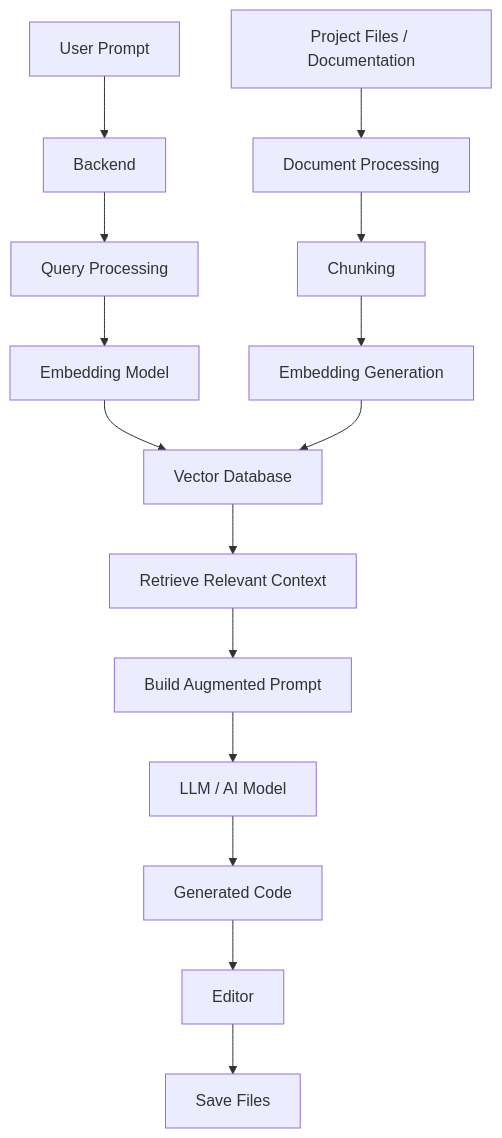
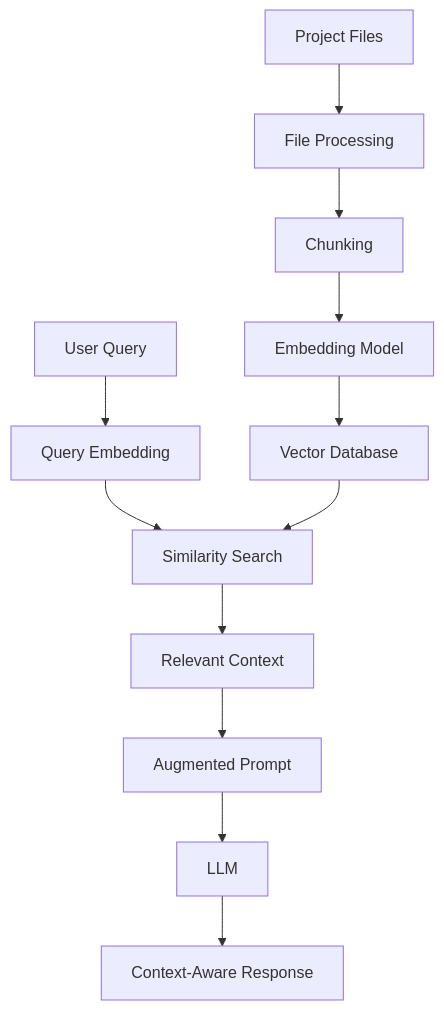
The third of 4 diagrams in README.md (keshviSolanki/KS-AIcodeEditor), drawn with Mermaid before and after one commit. The commit also changed other lines of this file, not shown here.

````diff
--- a/README.md
+++ b/README.md
@@ -81,18 +138,15 @@
 ```mermaid
 flowchart TD
-    A["User Prompt"] --> B["Backend"]
-    B --> C["Query Processing"]
+    A["Project Files"] --> B["File Processing"]
+    B --> C["Chunking"]
     C --> D["Embedding Model"]
     D --> E["Vector Database"]
-    E --> F["Retrieve Relevant Context"]
-    F --> G["Build Augmented Prompt"]
-    G --> H["LLM / AI Model"]
-    H --> I["Generated Code"]
-    I --> J["Editor"]
-    J --> K["Save Files"]
-    
-    L["Project Files / Documentation"] --> M["Document Processing"]
-    M --> N["Chunking"]
-    N --> O["Embedding Generation"]
-    O --> E
+
+    F["User Query"] --> G["Query Embedding"]
+    G --> H["Similarity Search"]
+    E --> H
+    H --> I["Relevant Context"]
+    I --> J["Augmented Prompt"]
+    J --> K["LLM"]
+    K --> L["Context-Aware Response"]
 ```
````
